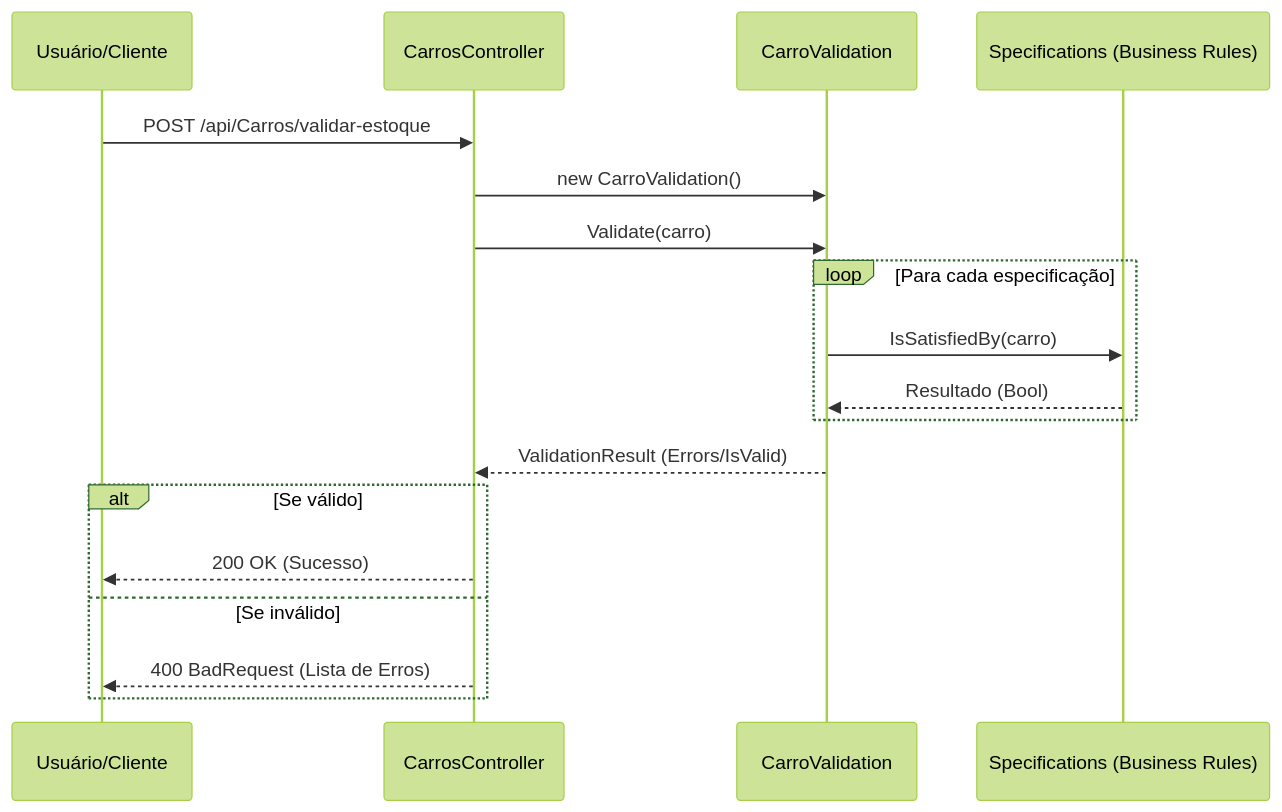
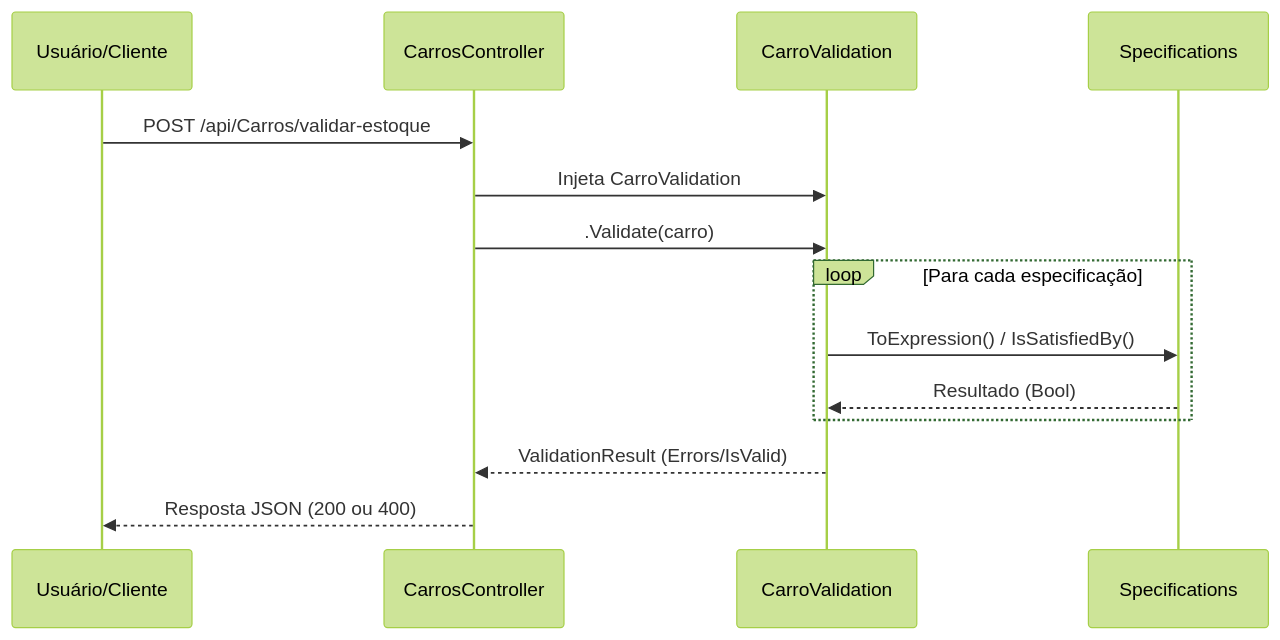
The diagram in RunSpecification/README.md (zzTopZZ/DesignPatternSpecification), drawn with Mermaid (forest theme) before and after one commit. The commit also changed other lines of this file and 2 other files, not shown here.

````diff
--- a/RunSpecification/README.md
+++ b/RunSpecification/README.md
@@ -28,21 +33,17 @@
 ```mermaid
 sequenceDiagram
     participant U as Usuário/Cliente
     participant C as CarrosController
     participant V as CarroValidation
-    participant S as Specifications (Business Rules)
+    participant S as Specifications
 
     U->>C: POST /api/Carros/validar-estoque
-    C->>V: new CarroValidation()
-    C->>V: Validate(carro)
+    C->>V: Injeta CarroValidation
+    C->>V: .Validate(carro)
     loop Para cada especificação
-        V->>S: IsSatisfiedBy(carro)
+        V->>S: ToExpression() / IsSatisfiedBy()
         S-->>V: Resultado (Bool)
     end
     V-->>C: ValidationResult (Errors/IsValid)
-    alt Se válido
-        C-->>U: 200 OK (Sucesso)
-    else Se inválido
-        C-->>U: 400 BadRequest (Lista de Erros)
-    end
+    C-->>U: Resposta JSON (200 ou 400)
 ```
````
